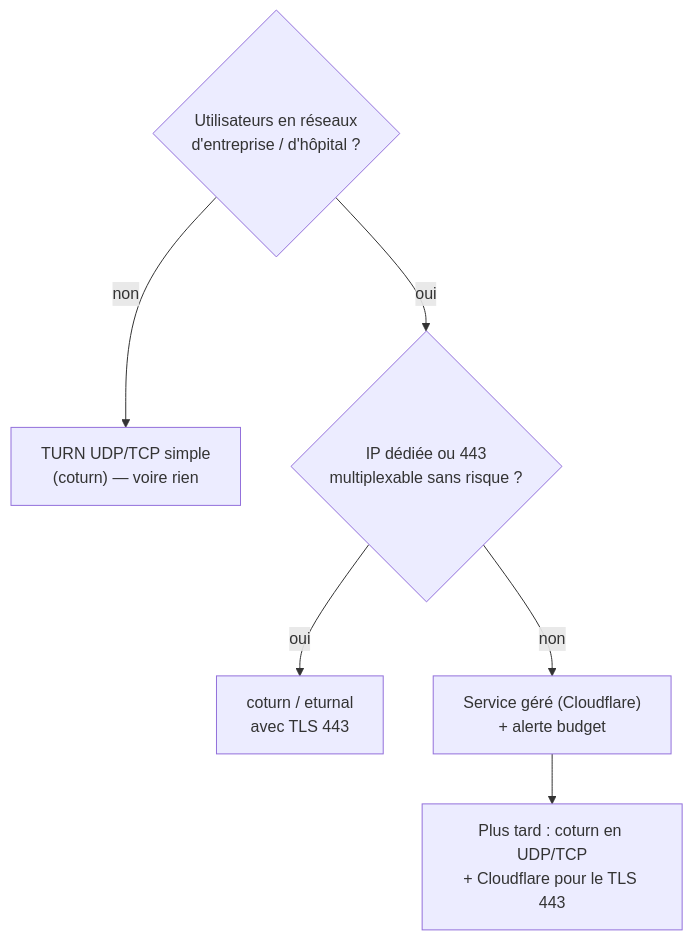
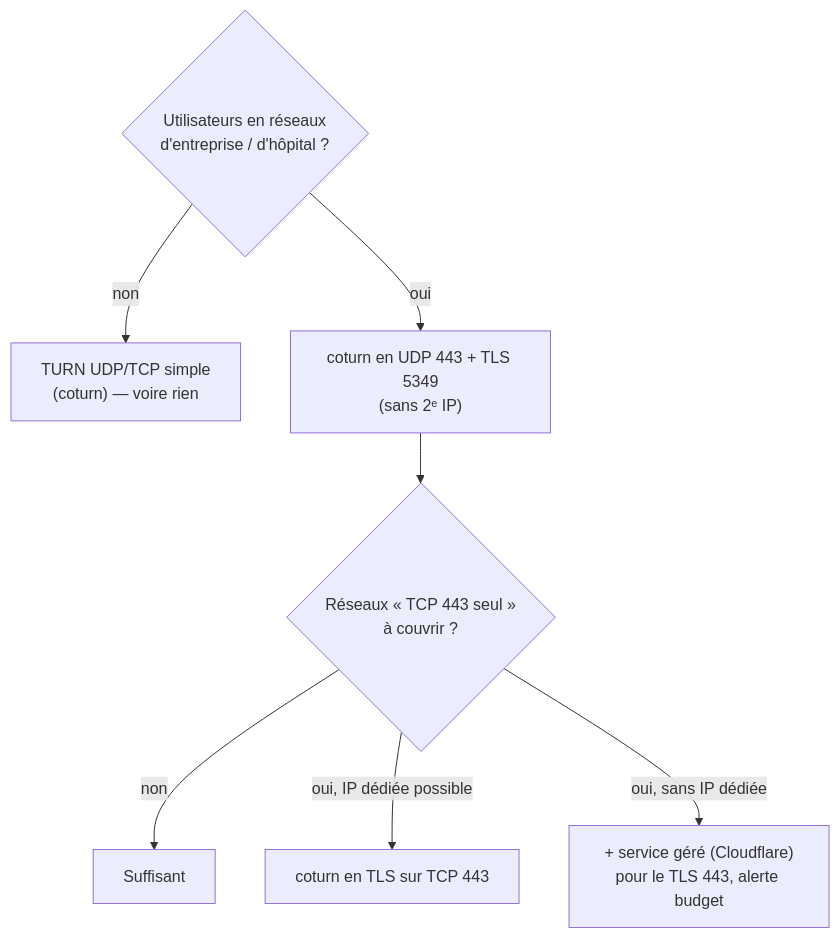
The second of 2 diagrams in datasources/articles/2026-10-13-relais-turn-webrtc-coturn-cloudflare-couts.md (nkaurelien/nkaurelien.github.io), drawn with Mermaid before and after one commit. The commit also changed other lines of this file, not shown here.

Commit message:
blog(turn): TURN sur UDP 443, NAT de datacenter, LiveKit Server comme alternative

````diff
--- a/datasources/articles/2026-10-13-relais-turn-webrtc-coturn-cloudflare-couts.md
+++ b/datasources/articles/2026-10-13-relais-turn-webrtc-coturn-cloudflare-couts.md
@@ -118,8 +149,9 @@
 ```mermaid
 flowchart TD
     Q1{"Utilisateurs en réseaux<br/>d'entreprise / d'hôpital ?"} -->|non| N["TURN UDP/TCP simple<br/>(coturn) — voire rien"]
-    Q1 -->|oui| Q2{"IP dédiée ou 443<br/>multiplexable sans risque ?"}
-    Q2 -->|oui| C["coturn / eturnal<br/>avec TLS 443"]
-    Q2 -->|non| CF["Service géré (Cloudflare)<br/>+ alerte budget"]
-    CF --> H["Plus tard : coturn en UDP/TCP<br/>+ Cloudflare pour le TLS 443"]
+    Q1 -->|oui| U["coturn en UDP 443 + TLS 5349<br/>(sans 2ᵉ IP)"]
+    U --> Q2{"Réseaux « TCP 443 seul »<br/>à couvrir ?"}
+    Q2 -->|non| OK["Suffisant"]
+    Q2 -->|"oui, IP dédiée possible"| C["coturn en TLS sur TCP 443"]
+    Q2 -->|"oui, sans IP dédiée"| CF["+ service géré (Cloudflare)<br/>pour le TLS 443, alerte budget"]
 ```
````
